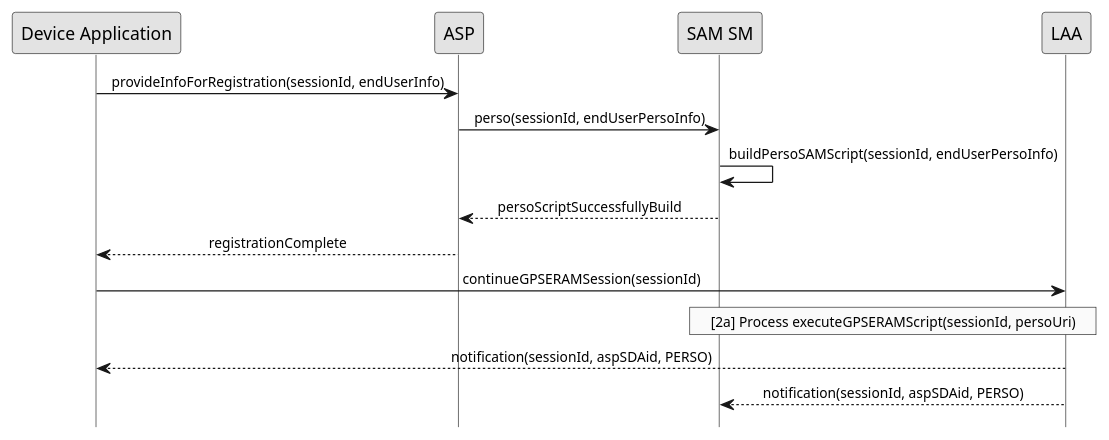
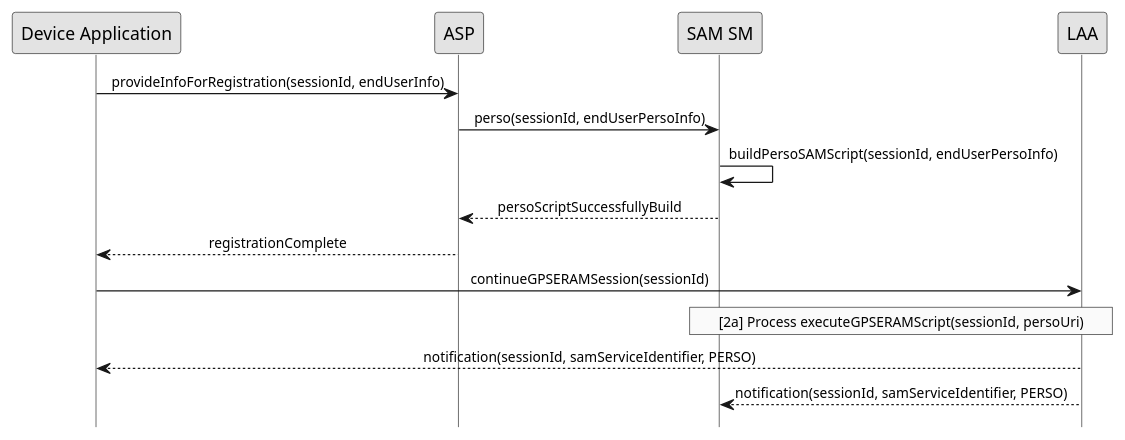
One commit to GlobalPlatform/LAA-SAM_SM-Interface changed the diagram in doc/uml/perso.pu. Above: the diagram before and after it, drawn with PlantUML. The commit also changed 27 other files, not shown here.

Commit message:
- diag update with samServiceIdentifier - add contributing - remove examples directory (all in yaml file)

```diff
--- a/doc/uml/perso.pu
+++ b/doc/uml/perso.pu
@@ -1,23 +1,23 @@
 @startuml
  
 hide footbox
 skinparam sequenceMessageAlign center
 skinparam sequenceArrowFontSize 11
 skinparam noteFontSize 11
 skinparam monochrome true
 skinparam lifelinestrategy solid
  
 "Device Application" -> ASP : provideInfoForRegistration(sessionId, endUserInfo)
 ASP -> "SAM SM" : perso(sessionId, endUserPersoInfo)
 "SAM SM" -> "SAM SM" : buildPersoSAMScript(sessionId, endUserPersoInfo)
 "SAM SM" --> "ASP" : persoScriptSuccessfullyBuild
 "ASP" --> "Device Application" : registrationComplete
 "Device Application" -> LAA : continueGPSERAMSession(sessionId)
 rnote over "LAA", "SAM SM"
     [2a] Process executeGPSERAMScript(sessionId, persoUri)
 end rnote
  
  
-LAA --> "Device Application" : notification(sessionId, aspSDAid, PERSO)
-LAA --> "SAM SM" : notification(sessionId, aspSDAid, PERSO)
+LAA --> "Device Application" : notification(sessionId, samServiceIdentifier, PERSO)
+LAA --> "SAM SM" : notification(sessionId, samServiceIdentifier, PERSO)
 @enduml
```
